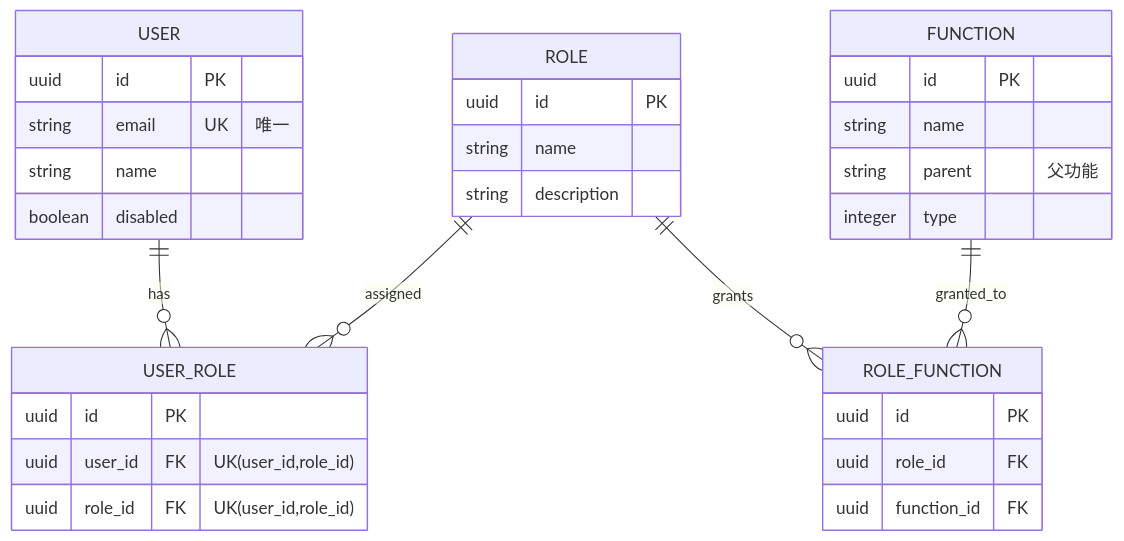
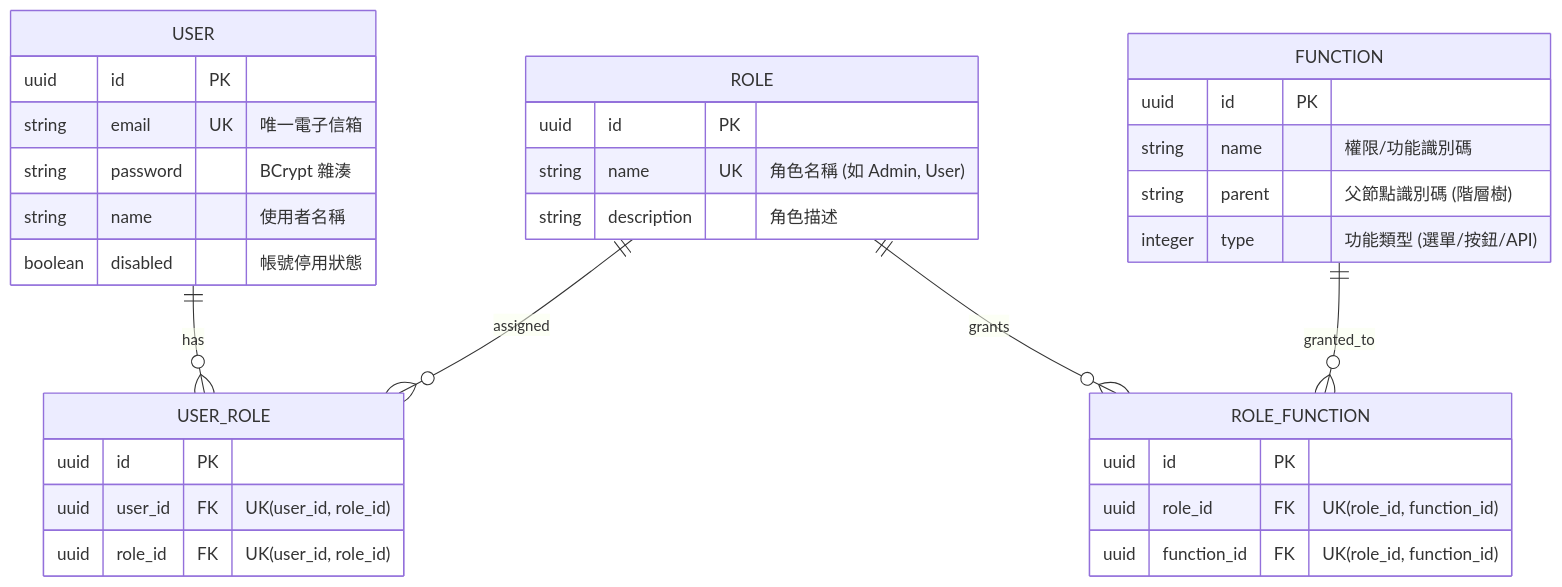
Before and after one commit to twinatrick/Backend-Architecture-Lab: the third of 14 diagrams in README.md, drawn with Mermaid. The commit also changed other lines of this file, not shown here.

````diff
--- a/README.md
+++ b/README.md
@@ -317,39 +174,40 @@
 ```mermaid
 erDiagram
     USER ||--o{ USER_ROLE: "has"
     ROLE ||--o{ USER_ROLE: "assigned"
     ROLE ||--o{ ROLE_FUNCTION: "grants"
     FUNCTION ||--o{ ROLE_FUNCTION: "granted_to"
 
     USER {
         uuid id PK
-        string email UK "唯一"
-        string name
-        boolean disabled
+        string email UK "唯一電子信箱"
+        string password "BCrypt 雜湊"
+        string name "使用者名稱"
+        boolean disabled "帳號停用狀態"
     }
 
     ROLE {
         uuid id PK
-        string name
-        string description
+        string name UK "角色名稱 (如 Admin, User)"
+        string description "角色描述"
     }
 
     FUNCTION {
         uuid id PK
-        string name
-        string parent "父功能"
-        integer type
+        string name "權限/功能識別碼"
+        string parent "父節點識別碼 (階層樹)"
+        integer type "功能類型 (選單/按鈕/API)"
     }
 
     USER_ROLE {
         uuid id PK
-        uuid user_id FK "UK(user_id,role_id)"
-        uuid role_id FK "UK(user_id,role_id)"
+        uuid user_id FK "UK(user_id, role_id)"
+        uuid role_id FK "UK(user_id, role_id)"
     }
 
     ROLE_FUNCTION {
         uuid id PK
-        uuid role_id FK
-        uuid function_id FK
+        uuid role_id FK "UK(role_id, function_id)"
+        uuid function_id FK "UK(role_id, function_id)"
     }
 ```
````
